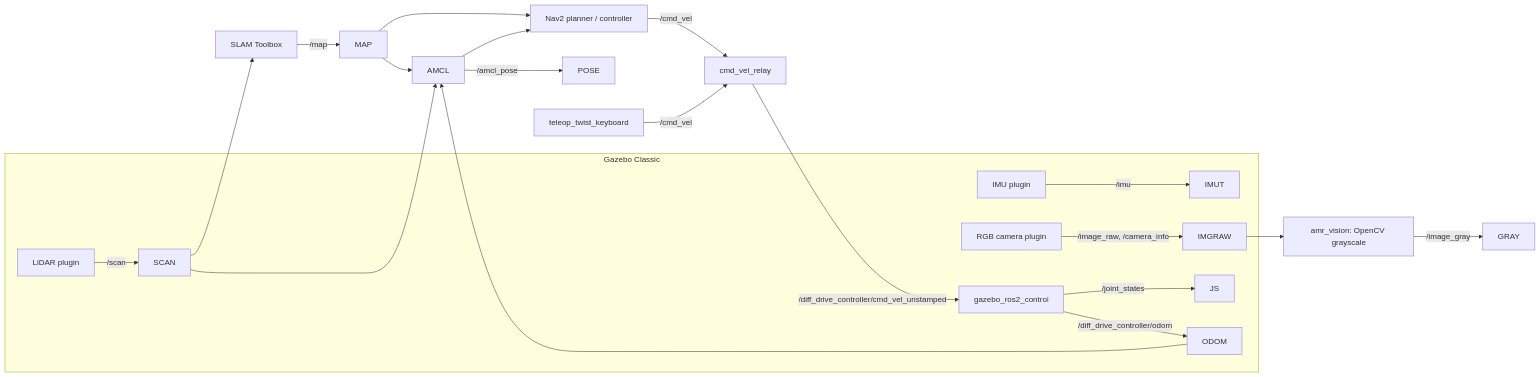
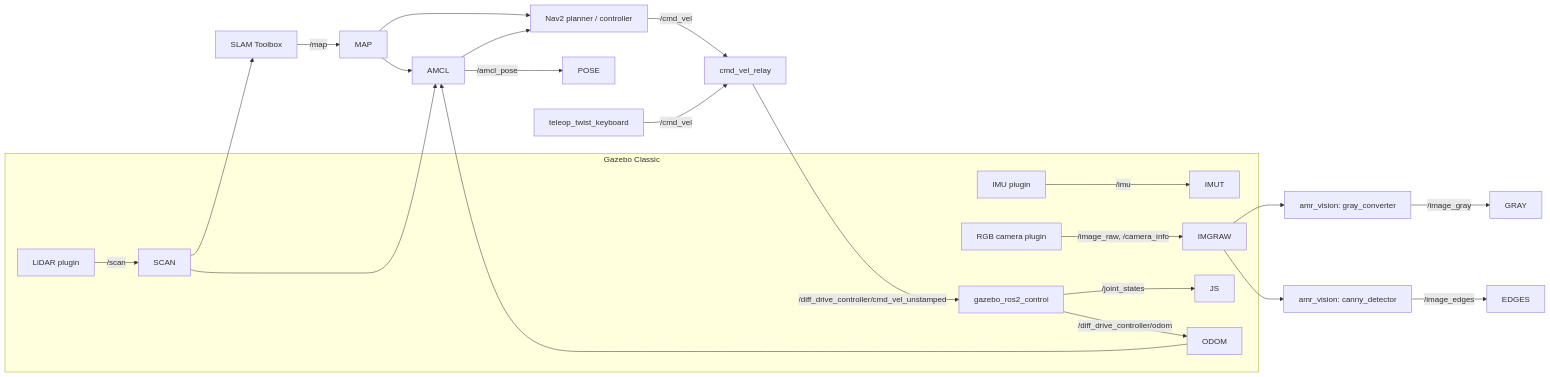
Before and after one commit to Jinjing233/ros2-autonomous-mobile-robot: the diagram in README.md, drawn with Mermaid. The commit also changed other lines of this file and 9 other files, not shown here.

````diff
--- a/README.md
+++ b/README.md
@@ -50,23 +57,24 @@
 ```mermaid
 flowchart LR
     subgraph Gazebo Classic
         LIDAR[LiDAR plugin] -->|/scan| SCAN
         IMUP[IMU plugin] -->|/imu| IMUT
         CAM[RGB camera plugin] -->|/image_raw, /camera_info| IMGRAW
         RC[gazebo_ros2_control] -->|/joint_states| JS
         RC -->|/diff_drive_controller/odom| ODOM
     end
 
     SCAN --> SLAM[SLAM Toolbox] -->|/map| MAP
     SCAN --> AMCL[AMCL]
     MAP --> AMCL
     ODOM --> AMCL
     AMCL -->|/amcl_pose| POSE
     MAP --> NAV2[Nav2 planner / controller]
     AMCL --> NAV2
     NAV2 -->|/cmd_vel| RELAY[cmd_vel_relay]
     TELEOP[teleop_twist_keyboard] -->|/cmd_vel| RELAY
     RELAY -->|/diff_drive_controller/cmd_vel_unstamped| RC
 
-    IMGRAW --> VISION[amr_vision: OpenCV grayscale] -->|/image_gray| GRAY
+    IMGRAW --> GRAYNODE[amr_vision: gray_converter] -->|/image_gray| GRAY
+    IMGRAW --> CANNYNODE[amr_vision: canny_detector] -->|/image_edges| EDGES
 ```
````
